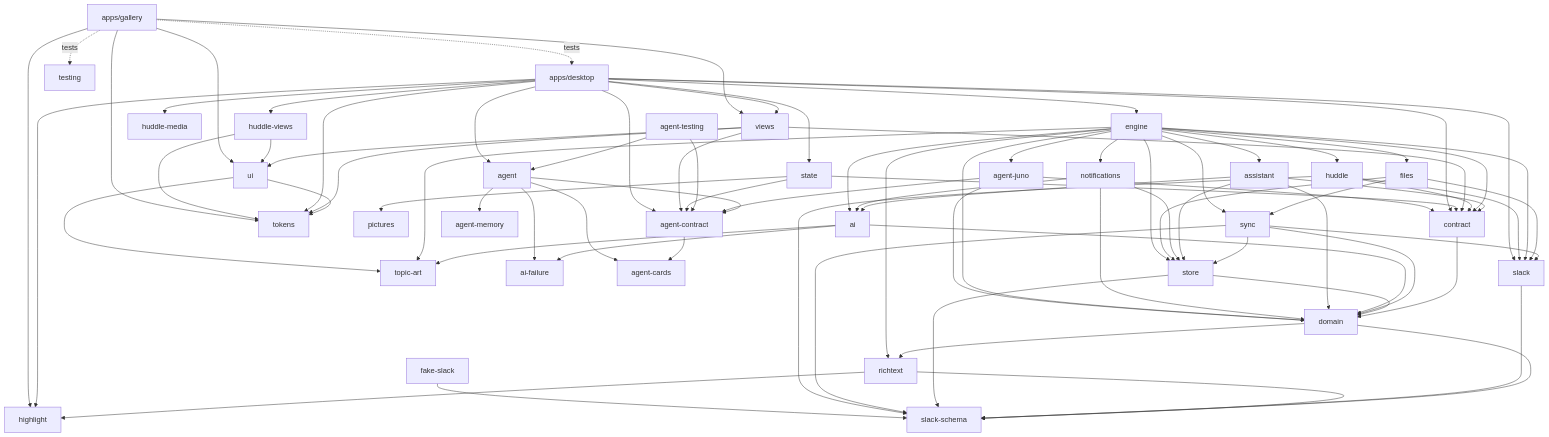
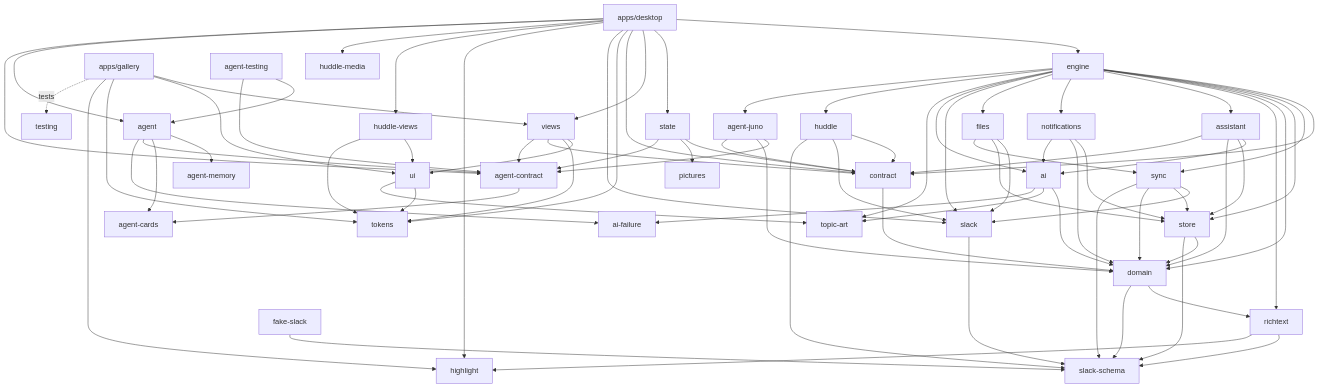
The second of 2 diagrams in docs/architecture.md (triptu/juno), drawn with Mermaid before and after one commit. The commit also changed other lines of this file and 14 other files, not shown here.

````diff
--- a/docs/architecture.md
+++ b/docs/architecture.md
@@ -134,41 +134,40 @@
 ```mermaid
 flowchart TD
   slack_schema[slack-schema]
   highlight
   richtext --> slack_schema & highlight
   domain --> richtext & slack_schema
   contract --> domain
   slack --> slack_schema
   store --> domain & slack_schema
   sync --> slack & store & domain & slack_schema
   topic_art[topic-art]
   ai --> domain & topic_art & ai_failure[ai-failure]
   assistant --> ai & store & domain & contract
   notifications --> store & domain & ai
   files --> slack & store & sync
   engine --> contract & sync & store & domain & richtext & assistant & notifications & files & slack & ai & topic_art
   huddle --> contract & slack & slack_schema
   engine --> huddle
   fake_slack[fake-slack] --> slack_schema
   tokens
   ui --> tokens & topic_art
   views --> ui & tokens & contract
   state --> contract
   pictures
   state --> pictures
   desktop[apps/desktop] --> engine & state & views & contract & tokens & slack & highlight
   huddle_views[huddle-views] --> ui & tokens
   huddle_media[huddle-media]
   desktop --> huddle_views & huddle_media
   gallery[apps/gallery] --> views & ui & tokens & highlight
   gallery -.tests.-> testing[testing]
-  gallery -.tests.-> desktop
   agent_contract[agent-contract] --> agent_cards[agent-cards]
   agent --> agent_memory[agent-memory] & agent_cards & agent_contract & ai_failure
   agent_juno[agent-juno] --> agent_contract & domain & contract
   agent_testing[agent-testing] --> agent & agent_contract
   engine --> agent_juno
   state --> agent_contract
   views --> agent_contract
   desktop --> agent & agent_contract
 ```
````
